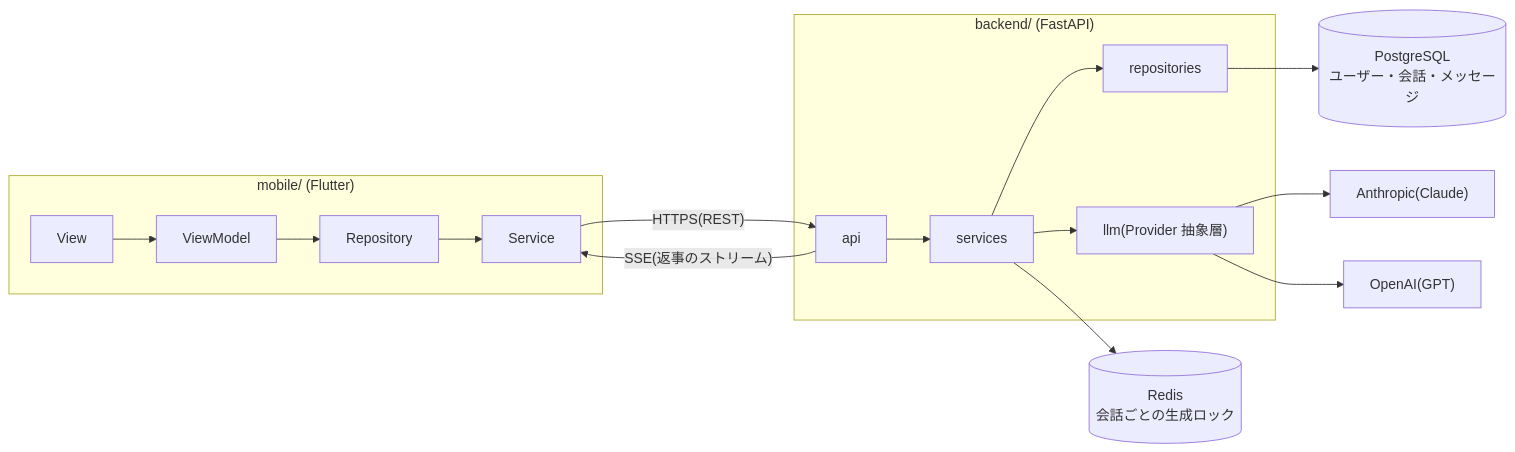
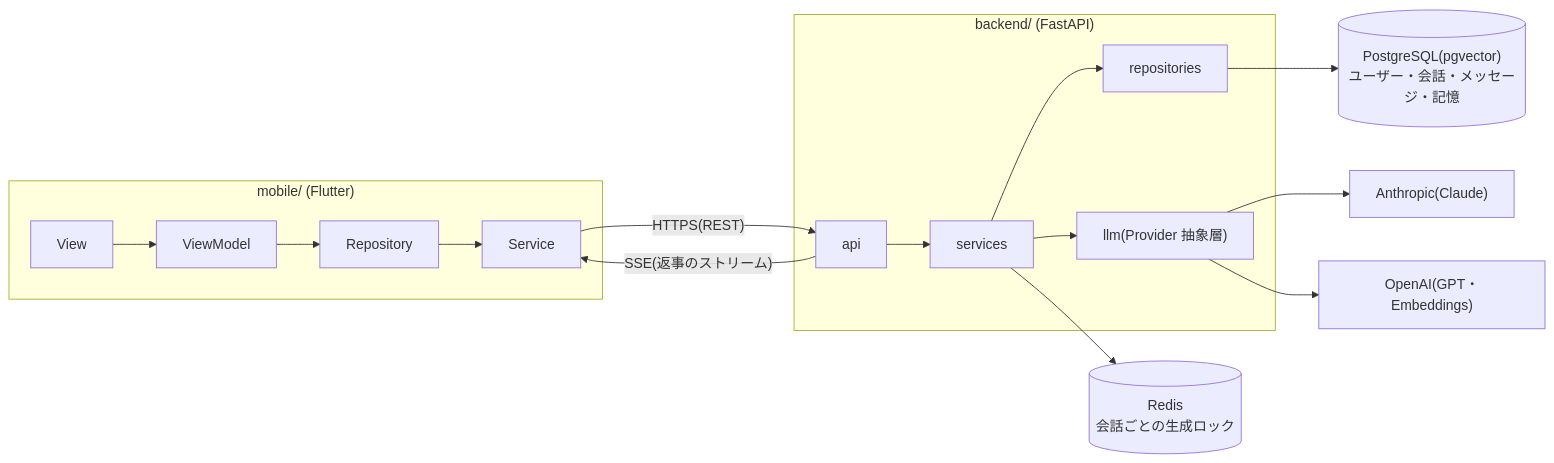
Before and after one commit to kuki1582/ai-lover-demo: the first of 4 diagrams in README.md, drawn with Mermaid. The commit also changed other lines of this file, not shown here.

````diff
--- a/README.md
+++ b/README.md
@@ -30,20 +31,20 @@
 ```mermaid
 flowchart LR
     subgraph mobile["mobile/ (Flutter)"]
         View --> ViewModel --> Repository --> Service
     end
 
     subgraph backend["backend/ (FastAPI)"]
         api --> services
         services --> repositories
         services --> llm["llm(Provider 抽象層)"]
     end
 
     Service -- "HTTPS(REST)" --> api
     api -- "SSE(返事のストリーム)" --> Service
 
     llm --> Claude["Anthropic(Claude)"]
-    llm --> OpenAI["OpenAI(GPT)"]
-    repositories --> PG[("PostgreSQL<br/>ユーザー・会話・メッセージ")]
+    llm --> OpenAI["OpenAI(GPT・Embeddings)"]
+    repositories --> PG[("PostgreSQL(pgvector)<br/>ユーザー・会話・メッセージ・記憶")]
     services --> Redis[("Redis<br/>会話ごとの生成ロック")]
 ```
````
